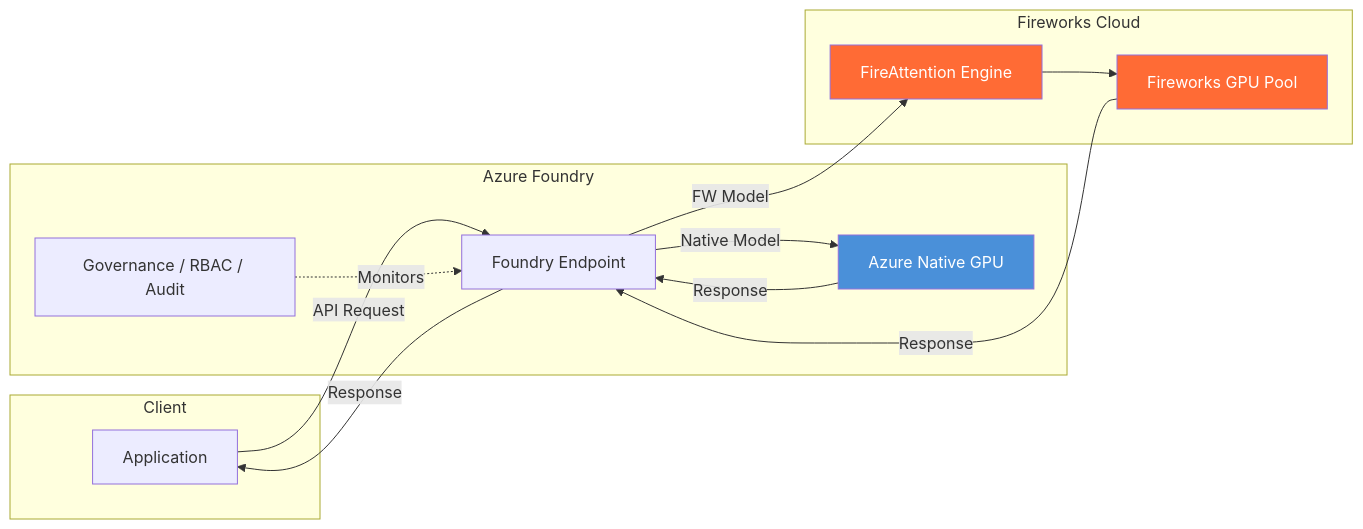
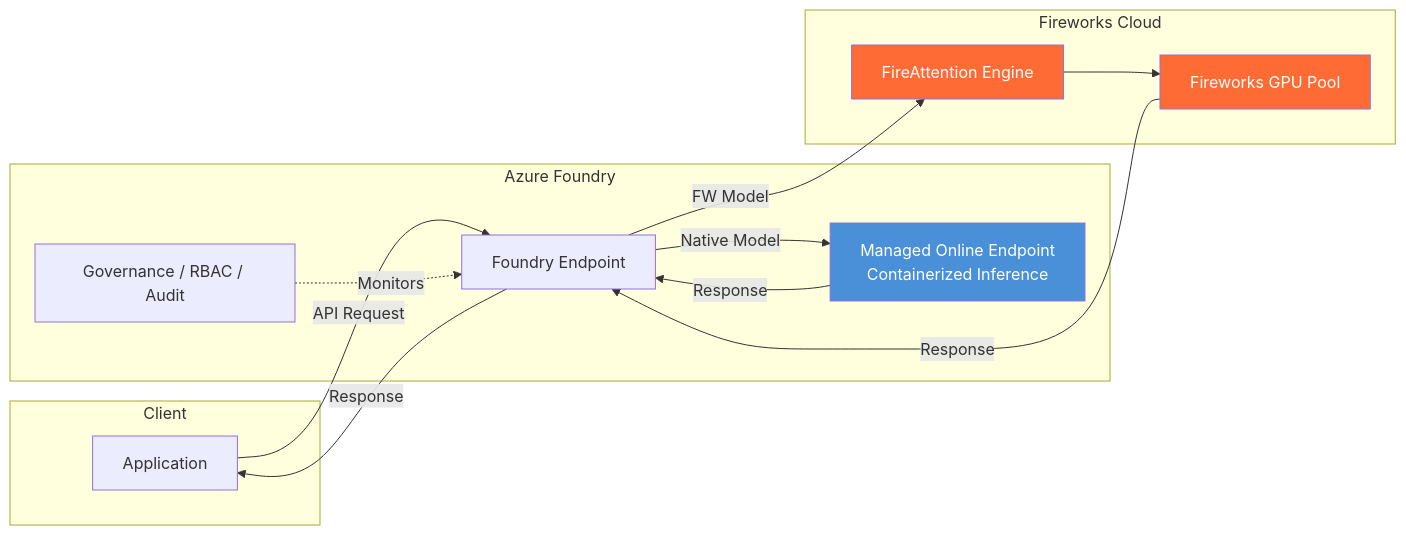
One commit to david-xinyuwei/david-share changed the diagram in Agents/Fireworks-on-Azure-Foundry/README-CN.md. Above: the diagram before and after it, drawn with Mermaid. The commit also changed other lines of this file and 1 other file, not shown here.

Commit message:
fix: correct architecture diagram - Managed Online Endpoint (containerized) not bare GPU

````diff
--- a/Agents/Fireworks-on-Azure-Foundry/README-CN.md
+++ b/Agents/Fireworks-on-Azure-Foundry/README-CN.md
@@ -90,30 +90,30 @@
 ```mermaid
 flowchart LR
     subgraph Client
         A[Application]
     end
     
     subgraph Azure["Azure Foundry"]
         B[Foundry Endpoint]
-        C[Azure Native GPU]
+        C[Managed Online Endpoint<br/>Containerized Inference]
         D[Governance / RBAC / Audit]
     end
     
     subgraph FW["Fireworks Cloud"]
         E[FireAttention Engine]
         F[Fireworks GPU Pool]
     end
     
     A -->|API Request| B
     B -->|Native Model| C
     B -->|FW Model| E
     E --> F
     F -->|Response| B
     C -->|Response| B
     B -->|Response| A
     D -.->|Monitors| B
     
     style C fill:#4A90D9,color:#fff
     style E fill:#FF6B35,color:#fff
     style F fill:#FF6B35,color:#fff
 ```
````
